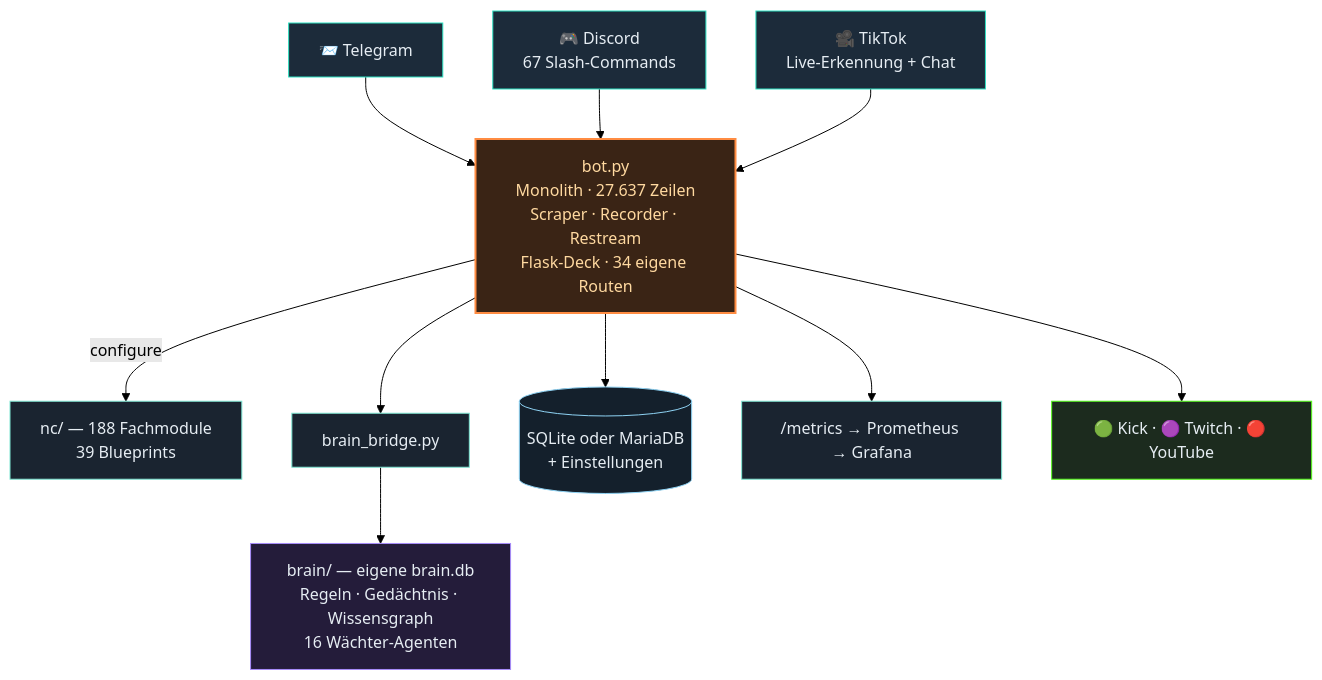
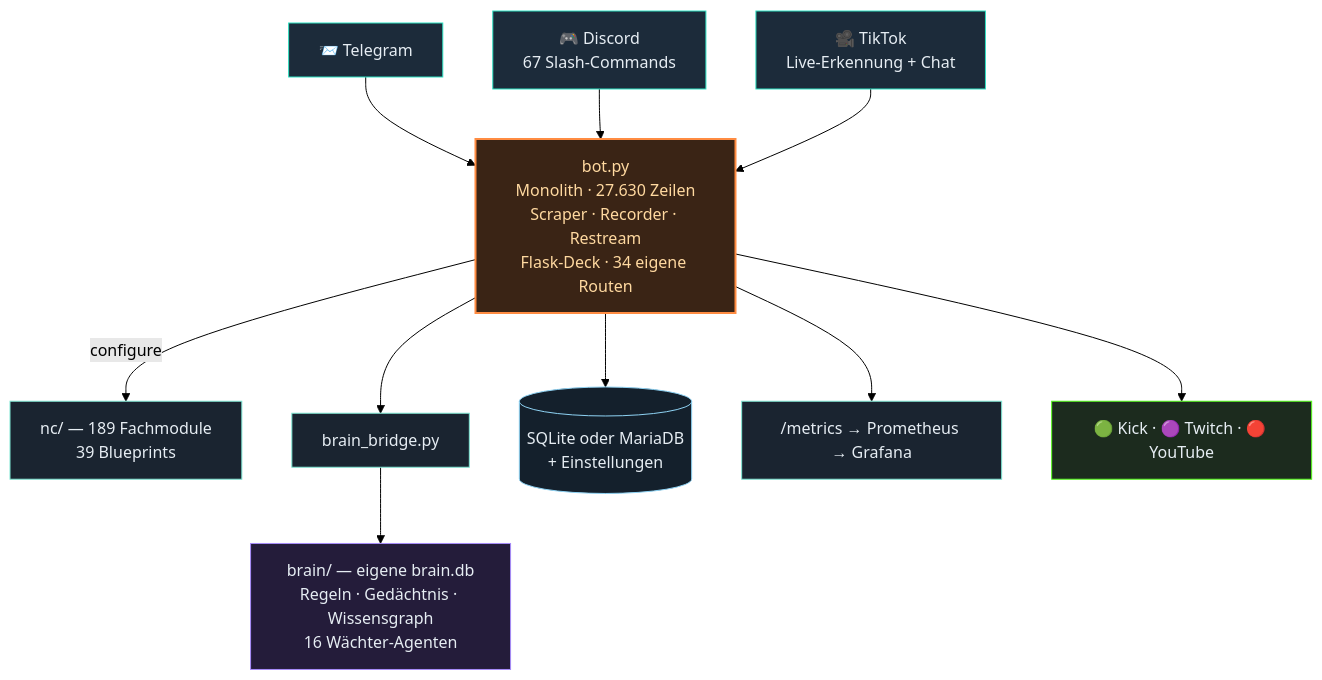
The second of 3 diagrams in README.md (itsamemedev/Telegram-Stream-Info-Bot), drawn with Mermaid (forest theme) before and after one commit. The commit also changed other lines of this file and 20 other files, not shown here.

````diff
--- a/README.md
+++ b/README.md
@@ -118,19 +118,19 @@
 ```mermaid
 flowchart TB
     TG["📨 Telegram"]:::ein --> BOT
     DC["🎮 Discord<br/>67 Slash-Commands"]:::ein --> BOT
     TT["🎥 TikTok<br/>Live-Erkennung + Chat"]:::ein --> BOT
-    BOT["bot.py<br/>Monolith · 27.637 Zeilen<br/>Scraper · Recorder · Restream<br/>Flask-Deck · 34 eigene Routen"]:::core
-    BOT -->|configure| NC["nc/ — 188 Fachmodule<br/>39 Blueprints"]:::lib
+    BOT["bot.py<br/>Monolith · 27.630 Zeilen<br/>Scraper · Recorder · Restream<br/>Flask-Deck · 34 eigene Routen"]:::core
+    BOT -->|configure| NC["nc/ — 189 Fachmodule<br/>39 Blueprints"]:::lib
     BOT --> BR["brain_bridge.py"]:::lib
     BR --> BRAIN["brain/ — eigene brain.db<br/>Regeln · Gedächtnis · Wissensgraph<br/>16 Wächter-Agenten"]:::brain
     BOT --> DB[("SQLite oder MariaDB<br/>+ Einstellungen")]:::db
     BOT --> PROM["/metrics → Prometheus → Grafana"]:::lib
     BOT --> OUT["🟢 Kick · 🟣 Twitch · 🔴 YouTube"]:::out
     classDef ein fill:#1c2b3a,stroke:#2de1c2,color:#e6edf3
     classDef core fill:#3a2415,stroke:#ff8c42,stroke-width:2px,color:#ffd9a0
     classDef lib fill:#1a2430,stroke:#7fe7d4,color:#e6edf3
     classDef brain fill:#241c3a,stroke:#a78bfa,color:#e6edf3
     classDef db fill:#14202c,stroke:#8fd3f4,color:#e6edf3
     classDef out fill:#1c2b1e,stroke:#53fc18,color:#e6edf3
 ```
````
